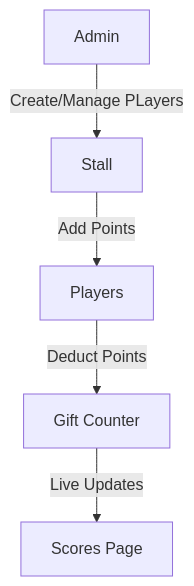
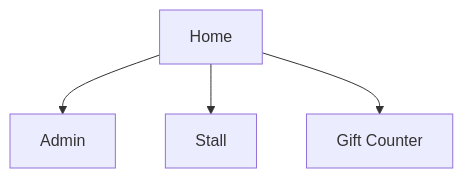
Before and after one commit to PhilipGSanova/Harvest-Fest-WebApp-2025: the diagram in README.md, drawn with Mermaid.

````diff
--- a/README.md
+++ b/README.md
@@ -40,7 +40,6 @@
 ```mermaid
 flowchart TD
-  A[Admin] --> |Create/Manage PLayers| B[Stall]
-  B --> |Add Points| C[Players]
-  C --> |Deduct Points| D[Gift Counter]
-  D --> |Live Updates| E[Scores Page]
+  A[Home] --> B[Admin]
+  A --> C[Stall]
+  A --> D[Gift Counter]
 ```
````
